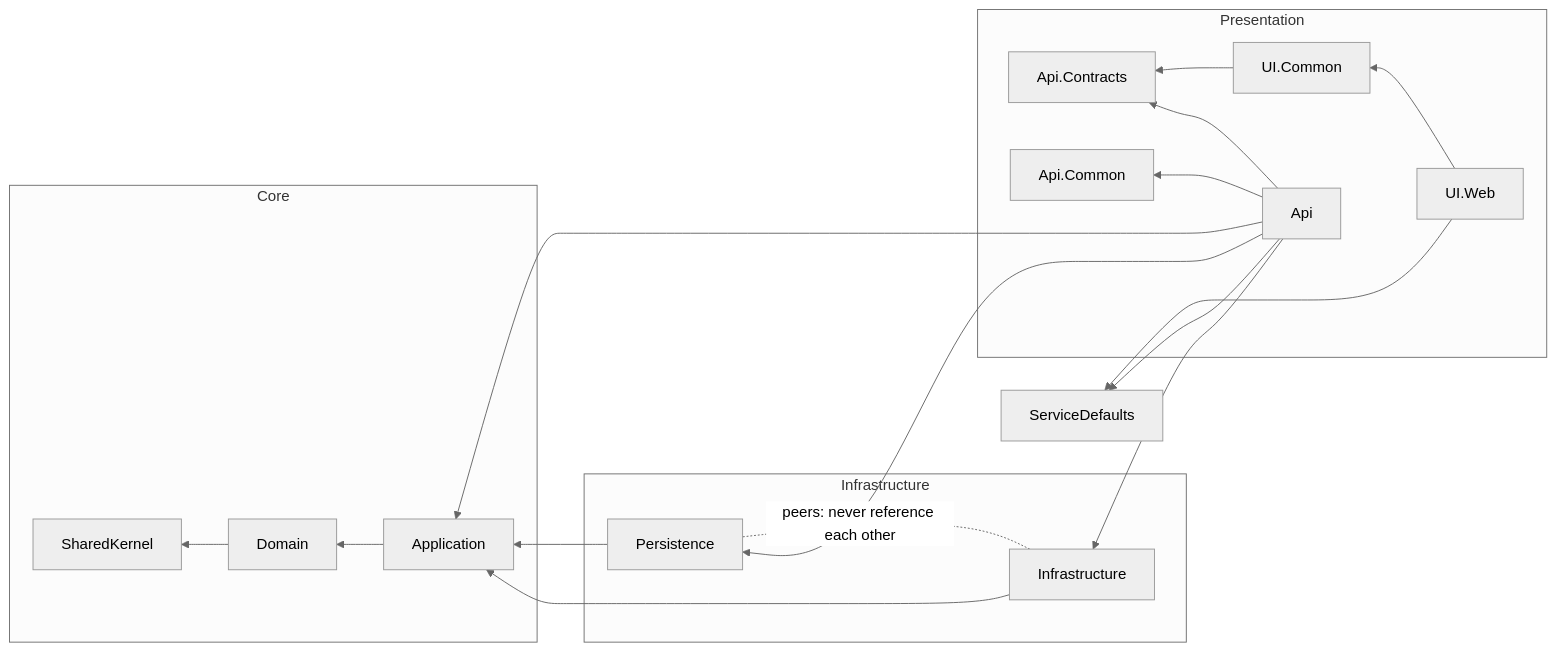
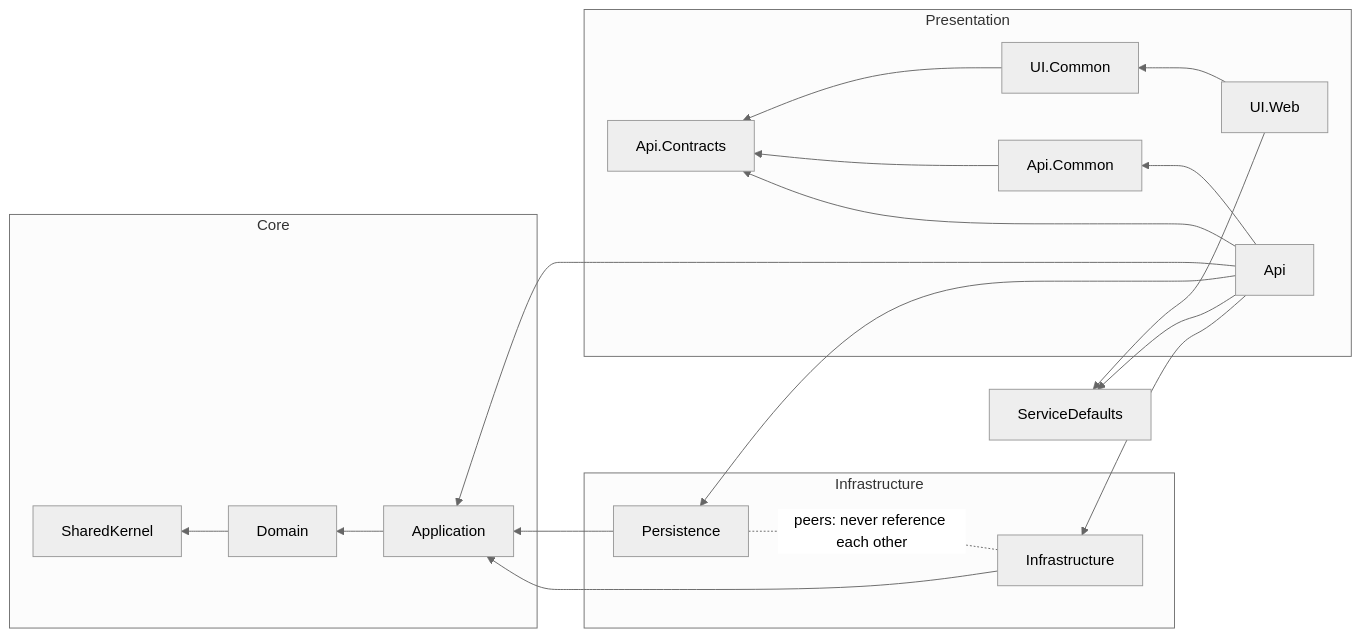
The diagram in README.md (Revazi1st/Trellis), drawn with Mermaid (neutral theme) before and after one commit. The commit also changed 17 other files, not shown here.

````diff
--- a/README.md
+++ b/README.md
@@ -84,36 +84,37 @@
 ```mermaid
 flowchart RL
     subgraph Core
       SK[SharedKernel]
       D[Domain]
       A[Application]
     end
     subgraph Infrastructure
       INF[Infrastructure]
       P[Persistence]
     end
     subgraph Presentation
       AC[Api.Contracts]
       ACM[Api.Common]
       API[Api]
       UC[UI.Common]
       UW[UI.Web]
     end
     SD[ServiceDefaults]
 
     D --> SK
     A --> D
     INF --> A
     P --> A
     API --> A
     API --> INF
     API --> P
     API --> ACM
     API --> AC
+    ACM --> AC
     UC --> AC
     UW --> UC
     API --> SD
     UW --> SD
 
     INF -. "peers: never reference each other" .- P
 ```
````
